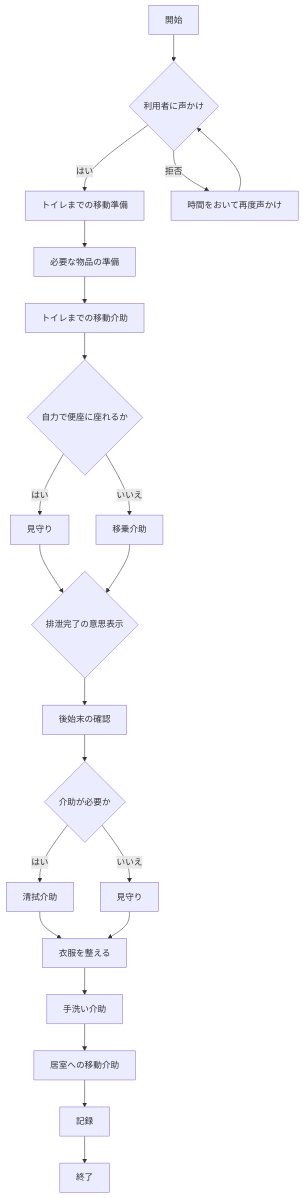
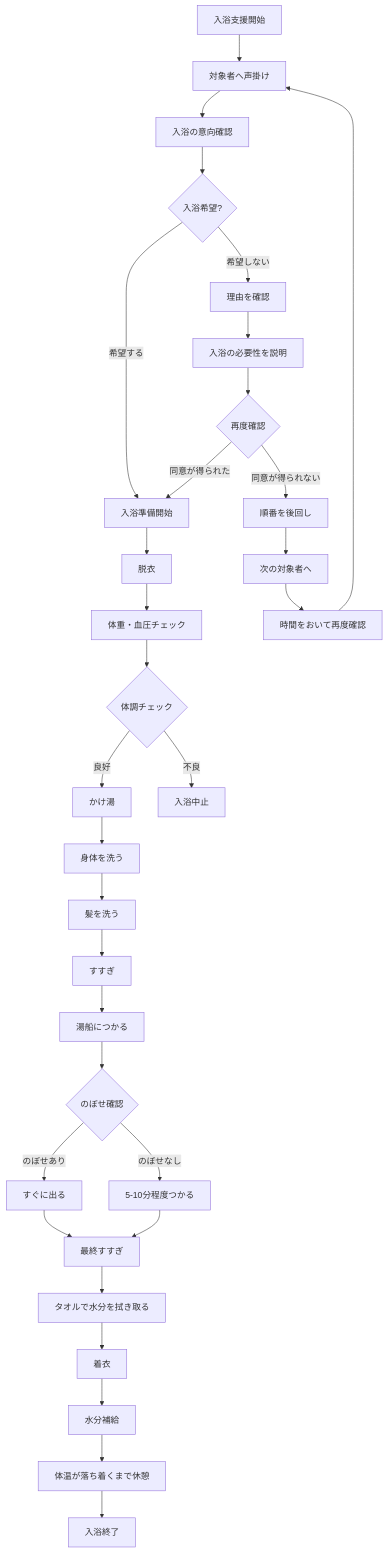
Before and after one commit to dsotkazu/mermaid_practice: the diagram in README.md, drawn with Mermaid.

````diff
--- a/README.md
+++ b/README.md
@@ -1,30 +1,38 @@
 ```mermaid
-graph TD;
-    A[開始] --> B{利用者に声かけ}
-    B --> |はい| C[トイレまでの移動準備]
-    B --> |拒否| D[時間をおいて再度声かけ]
-    D --> B
+flowchart TD;
+    Start[入浴支援開始] --> Voice[対象者へ声掛け]
+    Voice --> Ask[入浴の意向確認]
+    Ask --> Willing{入浴希望?}
     
-    C --> E[必要な物品の準備]
-    E --> F[トイレまでの移動介助]
+    Willing -->|希望する| A[入浴準備開始]
+    Willing -->|希望しない| Reason[理由を確認]
     
-    F --> G{自力で便座に座れるか}
-    G --> |はい| H[見守り]
-    G --> |いいえ| I[移乗介助]
+    Reason --> Explain[入浴の必要性を説明]
+    Explain --> ReAsk{再度確認}
     
-    H --> J{排泄完了の意思表示}
-    I --> J
+    ReAsk -->|同意が得られた| A
+    ReAsk -->|同意が得られない| Next[順番を後回し]
+    Next --> Other[次の対象者へ]
+    Other --> Later[時間をおいて再度確認]
+    Later --> Voice
     
-    J --> K[後始末の確認]
-    K --> L{介助が必要か}
-    L --> |はい| M[清拭介助]
-    L --> |いいえ| N[見守り]
-    
-    M --> O[衣服を整える]
-    N --> O
-    
-    O --> P[手洗い介助]
-    P --> Q[居室への移動介助]
-    Q --> R[記録]
-    R --> S[終了]
+    A --> B[脱衣]
+    B --> C[体重・血圧チェック]
+    C --> D{体調チェック}
+    D -->|良好| E[かけ湯]
+    D -->|不良| X[入浴中止]
+    E --> F[身体を洗う]
+    F --> G[髪を洗う]
+    G --> H[すすぎ]
+    H --> I[湯船につかる]
+    I --> J{のぼせ確認}
+    J -->|のぼせあり| K[すぐに出る]
+    J -->|のぼせなし| L[5-10分程度つかる]
+    K --> M[最終すすぎ]
+    L --> M
+    M --> N[タオルで水分を拭き取る]
+    N --> O[着衣]
+    O --> P[水分補給]
+    P --> Q[体温が落ち着くまで休憩]
+    Q --> R[入浴終了]
 ```
````
